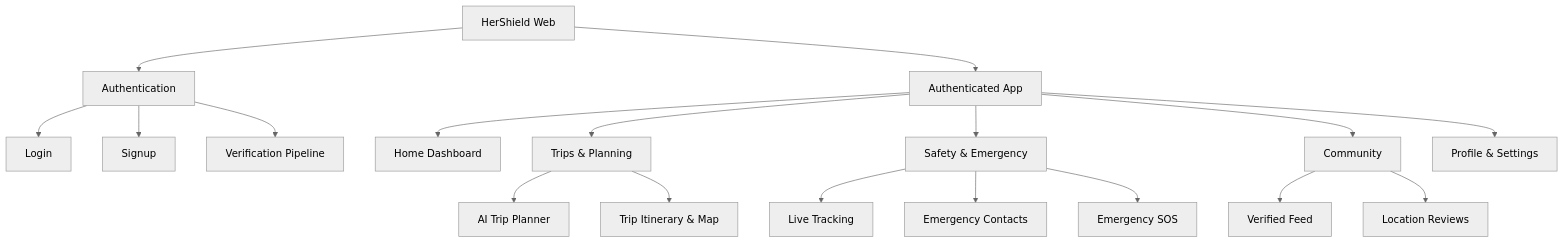
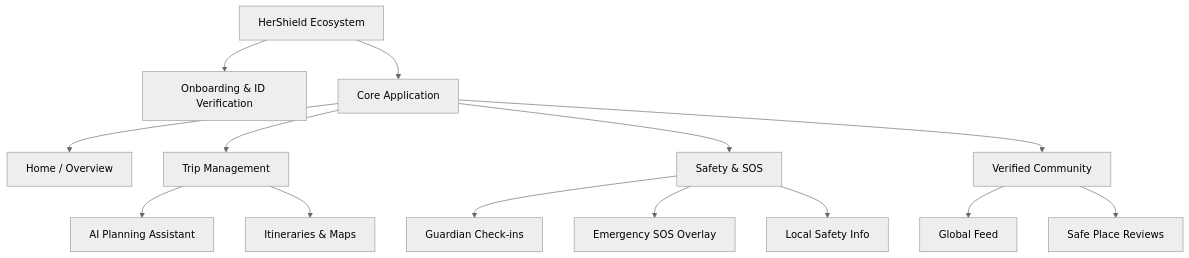
The first of 2 diagrams in docs/architecture/ux_blueprint.md (Aryan13705/herSheild), drawn with Mermaid (neutral theme) before and after one commit. The commit also changed other lines of this file, not shown here.

Commit message:
docs: finalize comprehensive Product Architecture and UX Blueprint (Phase 1.5)

````diff
--- a/docs/architecture/ux_blueprint.md
+++ b/docs/architecture/ux_blueprint.md
@@ -40,25 +66,20 @@
 ```mermaid
 graph TD
-    Root[HerShield Web] --> Auth[Authentication]
-    Root --> App[Authenticated App]
+    Root[HerShield Ecosystem] --> Onboarding[Onboarding & ID Verification]
+    Root --> CoreApp[Core Application]
     
-    Auth --> Login
-    Auth --> Signup
-    Auth --> Verification[Verification Pipeline]
-
-    App --> Home[Home Dashboard]
-    App --> Trips[Trips & Planning]
-    App --> Safety[Safety & Emergency]
-    App --> Comm[Community]
-    App --> Profile[Profile & Settings]
-
-    Trips --> AIPlanner[AI Trip Planner]
-    Trips --> TripDetail[Trip Itinerary & Map]
-
-    Safety --> Tracking[Live Tracking]
-    Safety --> Contacts[Emergency Contacts]
-    Safety --> SOS[Emergency SOS]
-
-    Comm --> Feed[Verified Feed]
-    Comm --> Reviews[Location Reviews]
+    CoreApp --> Home[Home / Overview]
+    CoreApp --> Trips[Trip Management]
+    CoreApp --> Safety[Safety & SOS]
+    CoreApp --> Community[Verified Community]
+    
+    Trips --> AIPlanner[AI Planning Assistant]
+    Trips --> Itineraries[Itineraries & Maps]
+    
+    Safety --> Guardian[Guardian Check-ins]
+    Safety --> Emergency[Emergency SOS Overlay]
+    Safety --> Info[Local Safety Info]
+    
+    Community --> Feed[Global Feed]
+    Community --> Reviews[Safe Place Reviews]
 ```
````
